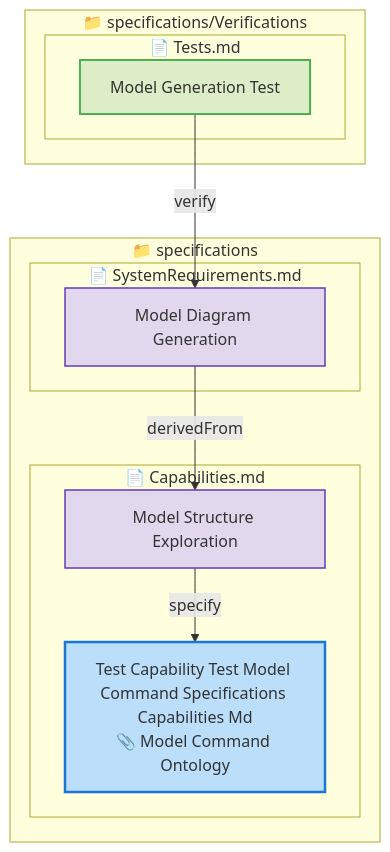
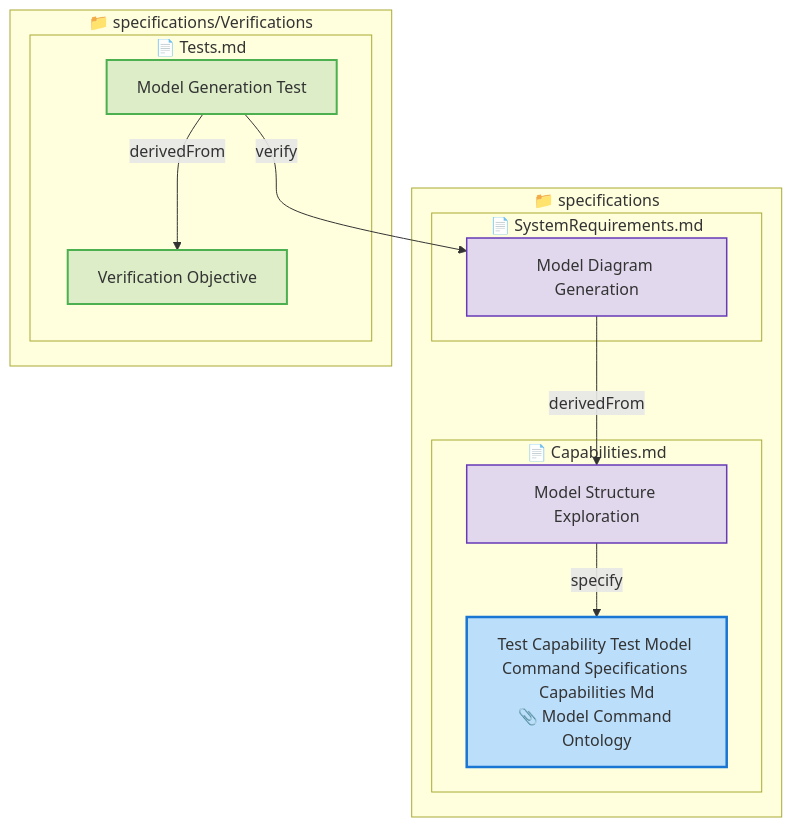
The fourth of 6 diagrams in tests/test-model-command/expected/expected_reverse_filter_output.md (reqvire-org/reqvire), drawn with Mermaid before and after one commit. The commit also changed other lines of this file and 134 other files, not shown here.

````diff
--- a/tests/test-model-command/expected/expected_reverse_filter_output.md
+++ b/tests/test-model-command/expected/expected_reverse_filter_output.md
@@ -160,37 +172,41 @@
 ```mermaid
 graph TD
   classDef capability fill:#BBDEFB,stroke:#1976D2,stroke-width:2.5px;
   classDef systemRequirement fill:#E1D8EE,stroke:#673AB7,stroke-width:1.5px;
   classDef ontology fill:#F4E3A1,stroke:#B08A00,stroke-width:2px;
   classDef verification fill:#DCEDC8,stroke:#4CAF50,stroke-width:2px;
   classDef default fill:#F5F5F5,stroke:#424242,stroke-width:1.5px;
 
   classDef folder fill:#FAFAFA,stroke:#9E9E9E,stroke-width:3px;
   classDef file fill:#FFF8E1,stroke:#FFCA28,stroke-width:2px;
 
   subgraph 9d68b769fcbc79d0["📁 specifications"]
     subgraph afe26fd45621e6a["📄 Capabilities.md"]
       458b8fd2c32e6014["Model Structure Exploration"];
       class 458b8fd2c32e6014 systemRequirement;
       click 458b8fd2c32e6014 "specifications/Capabilities.md#model-structure-exploration";
       8c7466173ee6b05d["Test Capability Test Model Command Specifications Capabilities Md<br/>📎 Model Command Ontology"];
       class 8c7466173ee6b05d capability;
       click 8c7466173ee6b05d "specifications/Capabilities.md#test-capability-test-model-command-specifications-capabilities-md";
     end
     subgraph 77808752d543f615["📄 SystemRequirements.md"]
       b7ec4bb3813f1dea["Model Diagram Generation"];
       class b7ec4bb3813f1dea systemRequirement;
       click b7ec4bb3813f1dea "specifications/SystemRequirements.md#model-diagram-generation";
     end
   end
   subgraph 9f0649e759bd2822["📁 specifications/Verifications"]
     subgraph 7d9dffd79ed1d5b8["📄 Tests.md"]
       6e0e2613c4bfcfcb["Model Generation Test"];
       class 6e0e2613c4bfcfcb verification;
       click 6e0e2613c4bfcfcb "specifications/Verifications/Tests.md#model-generation-test";
+      ca7cfe254517fe63["Verification Objective"];
+      class ca7cfe254517fe63 verification;
+      click ca7cfe254517fe63 "specifications/Verifications/Tests.md#verification-objective";
     end
   end
+  6e0e2613c4bfcfcb -->|derivedFrom| ca7cfe254517fe63;
   6e0e2613c4bfcfcb -->|verify| b7ec4bb3813f1dea;
   b7ec4bb3813f1dea -->|derivedFrom| 458b8fd2c32e6014;
   458b8fd2c32e6014 -->|specify| 8c7466173ee6b05d;
 ```
````
